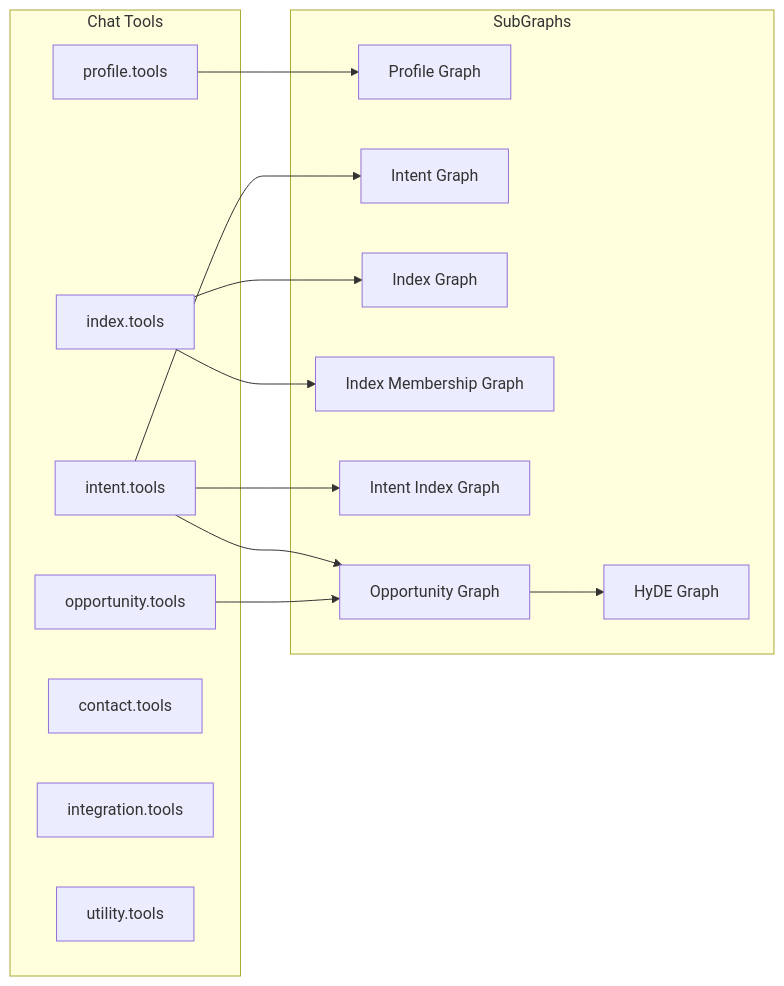
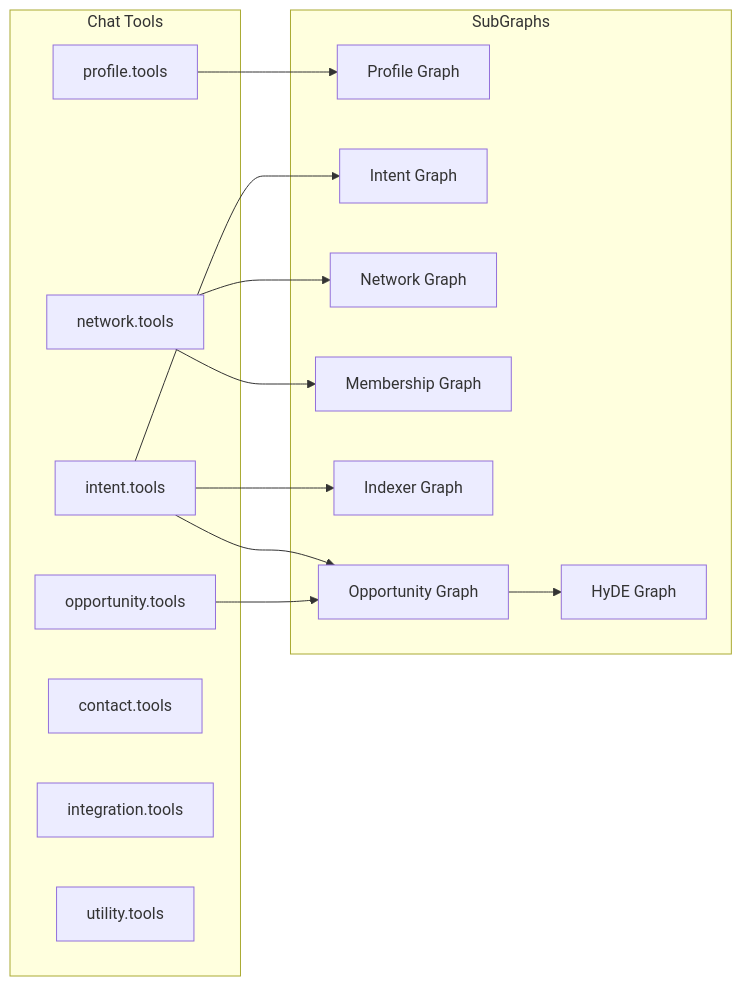
The fifth of 5 diagrams in packages/protocol/src/README.md (yanekyuk/index), drawn with Mermaid before and after one commit. The commit also changed other lines of this file and 2 other files, not shown here.

````diff
--- a/packages/protocol/src/README.md
+++ b/packages/protocol/src/README.md
@@ -249,31 +261,31 @@
 ```mermaid
 flowchart LR
     subgraph tools [Chat Tools]
         PT[profile.tools]
         IT[intent.tools]
-        IdxT[index.tools]
+        IdxT[network.tools]
         OT[opportunity.tools]
         CT[contact.tools]
         IntT[integration.tools]
         UT[utility.tools]
     end
 
     subgraph graphs [SubGraphs]
         PG[Profile Graph]
         IG[Intent Graph]
-        IxG[Index Graph]
-        IMG[Index Membership Graph]
-        IIG[Intent Index Graph]
+        IxG[Network Graph]
+        IMG[Membership Graph]
+        IIG[Indexer Graph]
         OG[Opportunity Graph]
         HG[HyDE Graph]
     end
 
     PT --> PG
     IT --> IG
     IT --> IIG
     IT --> OG
     IdxT --> IxG
     IdxT --> IMG
     OT --> OG
     OG --> HG
 ```
````
